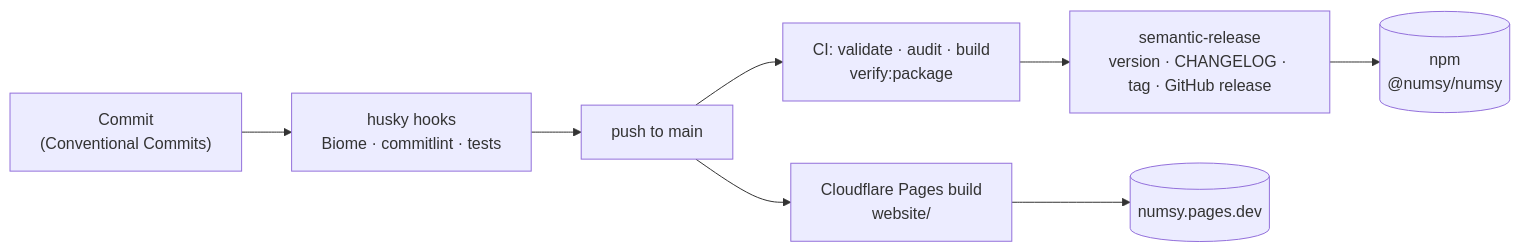
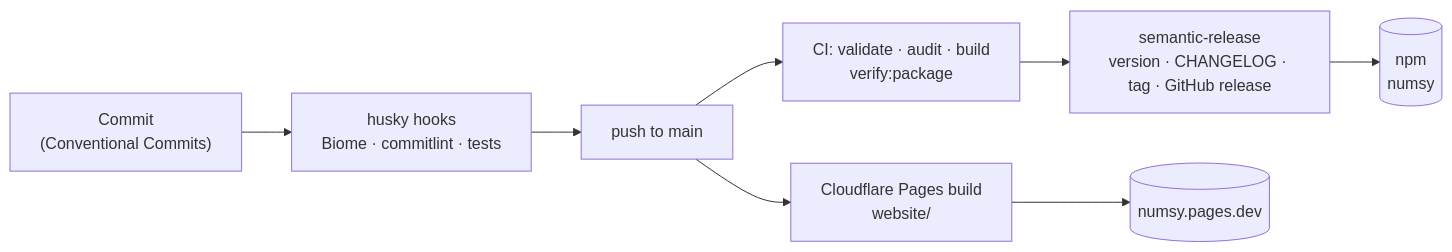
One commit to shreesharma07/numsy changed the third of 3 diagrams in docs/maintainers/architecture.md. Above: the diagram before and after it, drawn with Mermaid. The commit also changed other lines of this file and 13 other files, not shown here.

````diff
--- a/docs/maintainers/architecture.md
+++ b/docs/maintainers/architecture.md
@@ -103,10 +121,10 @@
 ```mermaid
 flowchart LR
   DEV["Commit<br/>(Conventional Commits)"] --> HOOKS["husky hooks<br/>Biome · commitlint · tests"]
   HOOKS --> MAIN["push to main"]
   MAIN --> CI["CI: validate · audit · build<br/>verify:package"]
   CI --> SR["semantic-release<br/>version · CHANGELOG · tag · GitHub release"]
-  SR --> NPM[("npm<br/>@numsy/numsy")]
+  SR --> NPM[("npm<br/>numsy")]
   MAIN --> CF["Cloudflare Pages build<br/>website/"]
   CF --> SITE[("numsy.pages.dev")]
 ```
````
